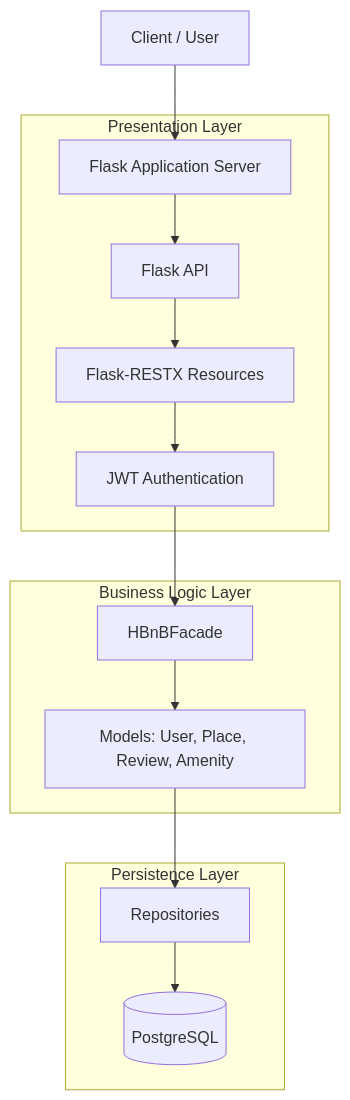
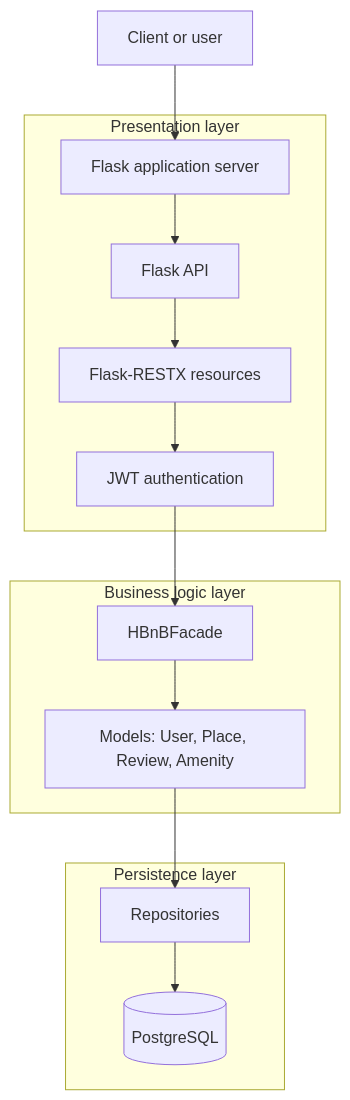
One commit to bz888/holbertonschool-hbnb changed the diagram in part1/README.md. Above: the diagram before and after it, drawn with Mermaid. The commit also changed other lines of this file and 3 other files, not shown here.

````diff
--- a/part1/README.md
+++ b/part1/README.md
@@ -17,30 +21,30 @@
 ```mermaid
 flowchart TB
-    Client["Client / User"]
+    Client["Client or user"]
 
-    subgraph Presentation["Presentation Layer"]
-        Server["Flask Application Server"]
+    subgraph Presentation["Presentation layer"]
+        Server["Flask application server"]
         API["Flask API"]
-        RestX["Flask-RESTX Resources"]
-        Auth["JWT Authentication"]
+        RestX["Flask-RESTX resources"]
+        Auth["JWT authentication"]
     end
 
-    subgraph Business["Business Logic Layer"]
+    subgraph Business["Business logic layer"]
         Facade["HBnBFacade"]
         Models["Models: User, Place, Review, Amenity"]
     end
 
-    subgraph Persistence["Persistence Layer"]
+    subgraph Persistence["Persistence layer"]
         Repositories["Repositories"]
         Database[("PostgreSQL")]
     end
 
     Client --> Server
     Server --> API
     API --> RestX
     RestX --> Auth
     Auth --> Facade
     Facade --> Models
     Models --> Repositories
     Repositories --> Database
 ```
````
